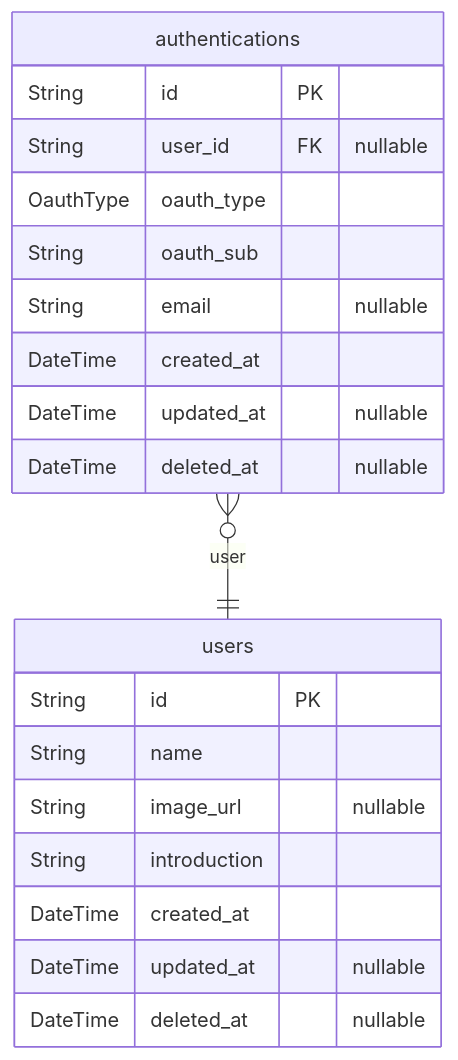
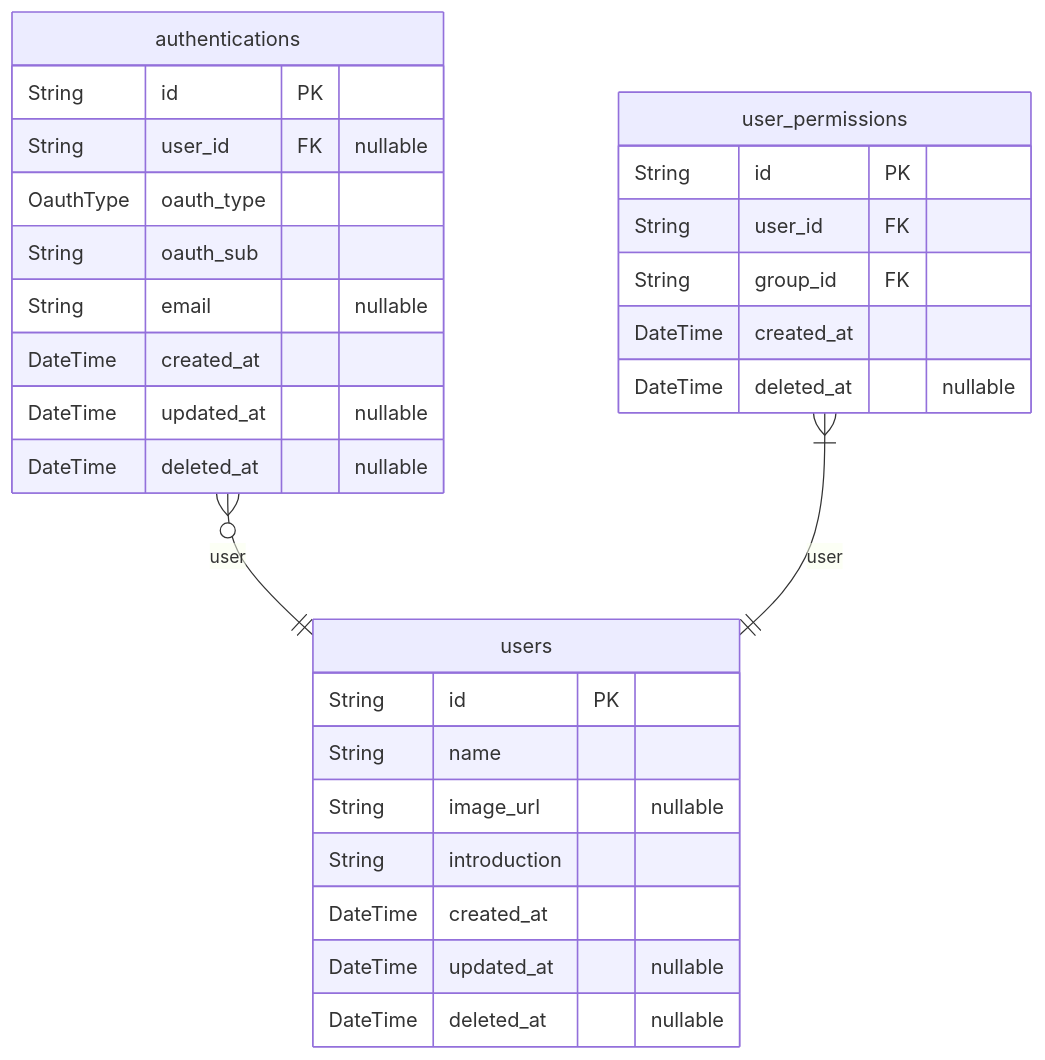
The sixth of 6 diagrams in ERD.md (rojiwon123/bbs), drawn with Mermaid before and after one commit. The commit also changed other lines of this file and 11 other files, not shown here.

````diff
--- a/ERD.md
+++ b/ERD.md
@@ -223,23 +1395,31 @@
 ```mermaid
 erDiagram
 authentications {
     String id PK
     String user_id FK "nullable"
     OauthType oauth_type
     String oauth_sub
     String email "nullable"
     DateTime created_at
     DateTime updated_at "nullable"
     DateTime deleted_at "nullable"
 }
 users {
     String id PK
     String name
     String image_url "nullable"
     String introduction
     DateTime created_at
     DateTime updated_at "nullable"
     DateTime deleted_at "nullable"
 }
+user_permissions {
+    String id PK
+    String user_id FK
+    String group_id FK
+    DateTime created_at
+    DateTime deleted_at "nullable"
+}
 authentications }o--|| users : user
+user_permissions }|--|| users : user
 ```
````
